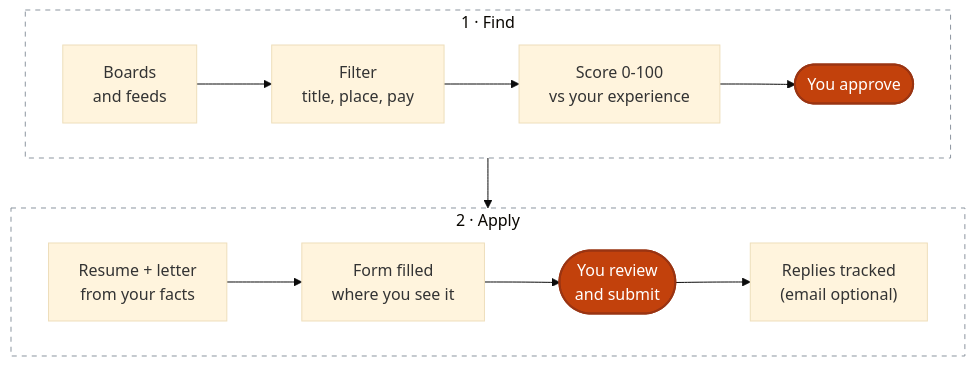
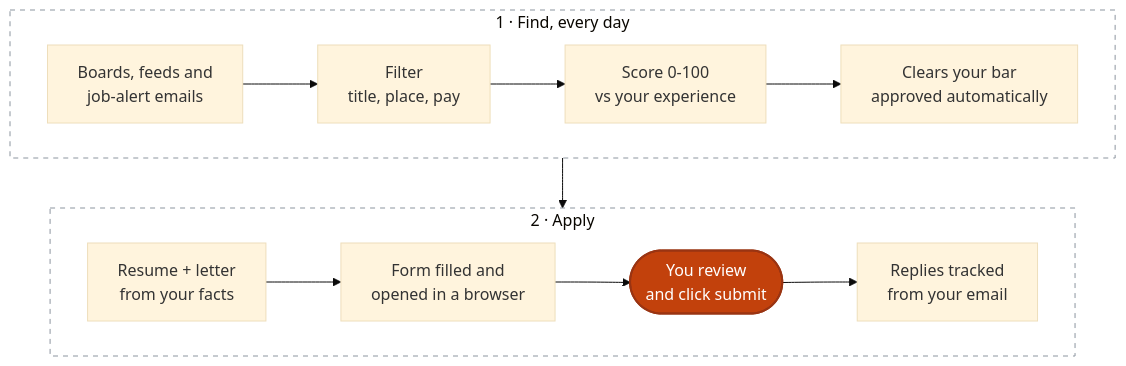
One commit to ClumsyWizardHands/ApplyForge changed the diagram in README.md. Above: the diagram before and after it, drawn with Mermaid (base theme). The commit also changed other lines of this file and 55 other files, not shown here.

First line of the commit message:
Automatic by default: approval by score, forms open for you, alert emails

````diff
--- a/README.md
+++ b/README.md
@@ -149,20 +156,20 @@
 ```mermaid
 flowchart TB
-    subgraph find["1 · Find"]
+    subgraph find["1 · Find, every day"]
         direction LR
-        A["Boards<br/>and feeds"] --> B["Filter<br/>title, place, pay"]
+        A["Boards, feeds and<br/>job-alert emails"] --> B["Filter<br/>title, place, pay"]
         B --> C["Score 0-100<br/>vs your experience"]
-        C --> D(["You approve"])
+        C --> D["Clears your bar<br/>approved automatically"]
     end
     subgraph apply["2 · Apply"]
         direction LR
-        E["Resume + letter<br/>from your facts"] --> F["Form filled<br/>where you see it"]
-        F --> G(["You review<br/>and submit"])
-        G --> H["Replies tracked<br/>(email optional)"]
+        E["Resume + letter<br/>from your facts"] --> F["Form filled and<br/>opened in a browser"]
+        F --> G(["You review<br/>and click submit"])
+        G --> H["Replies tracked<br/>from your email"]
     end
     find --> apply
     classDef you fill:#c2410c,stroke:#9a3412,stroke-width:2px,color:#ffffff
-    class D,G you
+    class G you
     style find fill:none,stroke:#8c959f,stroke-dasharray:5 5
     style apply fill:none,stroke:#8c959f,stroke-dasharray:5 5
 ```
````
